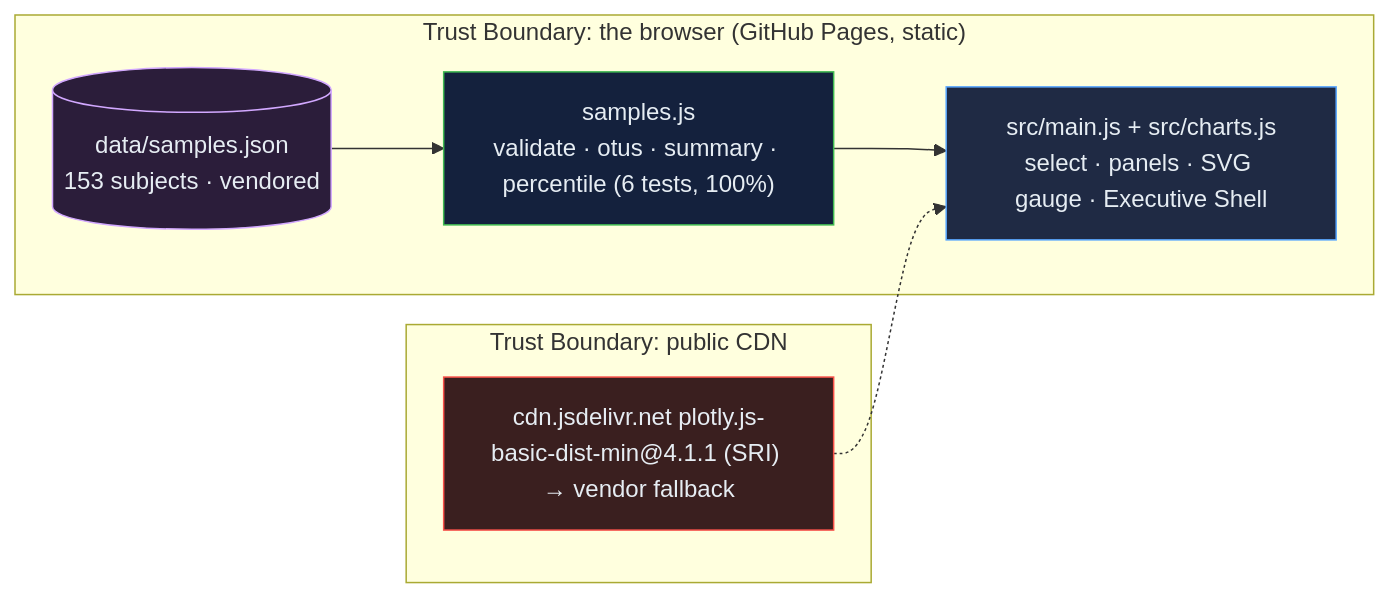
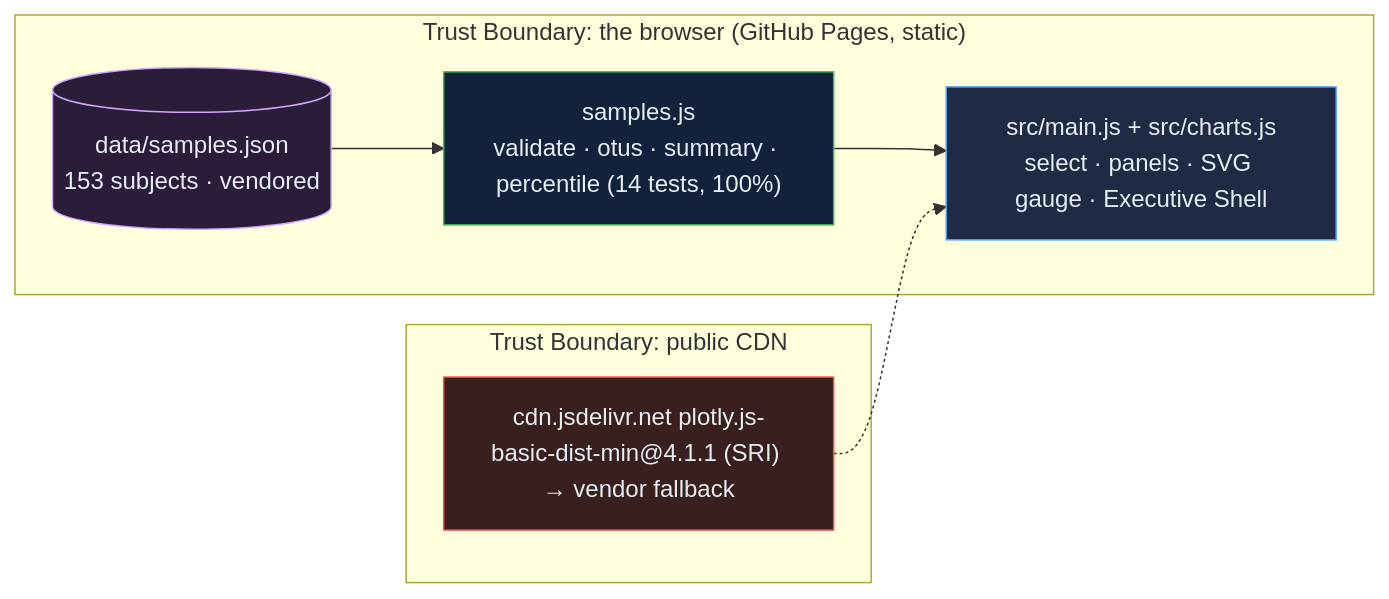
One commit to Freddricklogan/belly-button-challenge changed the diagram in README.md. Above: the diagram before and after it, drawn with Mermaid. The commit also changed 4 other files, not shown here.

````diff
--- a/README.md
+++ b/README.md
@@ -44,17 +44,17 @@
 ```mermaid
 flowchart LR
   subgraph TB1["Trust Boundary: the browser (GitHub Pages, static)"]
     DATA[("data/samples.json<br/>153 subjects · vendored")]:::data
-    S["samples.js<br/>validate · otus · summary · percentile (6 tests, 100%)"]:::service
+    S["samples.js<br/>validate · otus · summary · percentile (14 tests, 100%)"]:::service
     MAIN["src/main.js + src/charts.js<br/>select · panels · SVG gauge · Executive Shell"]:::client
   end
   subgraph TB2["Trust Boundary: public CDN"]
     CDN["cdn.jsdelivr.net plotly.js-basic-dist-min@4.1.1 (SRI) → vendor fallback"]:::security
   end
   DATA --> S --> MAIN
   CDN -.-> MAIN
   classDef client fill:#1f2a44,stroke:#58A6FF,color:#e6edf3
   classDef service fill:#14213d,stroke:#3fb950,color:#e6edf3
   classDef data fill:#2b1d3a,stroke:#d2a8ff,color:#e6edf3
   classDef security fill:#3a1f1f,stroke:#f85149,color:#e6edf3
 ```
````
